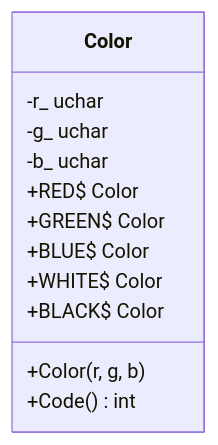
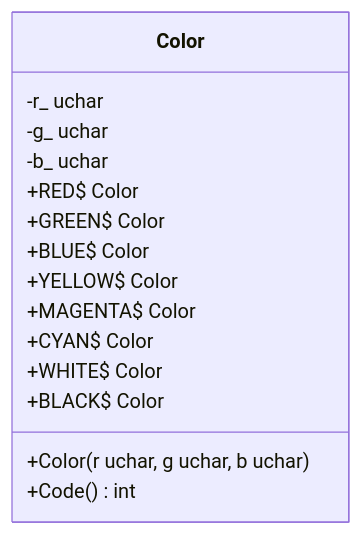
One commit to asukamekaru98/DragRaceGame2D changed the diagram in spec/uml/diagrams/class_Color.md. Above: the diagram before and after it, drawn with Mermaid. The commit also changed other lines of this file and 6 other files, not shown here.

````diff
--- a/spec/uml/diagrams/class_Color.md
+++ b/spec/uml/diagrams/class_Color.md
@@ -1,15 +5,18 @@
 ```mermaid
 classDiagram
     class Color {
         -r_ uchar
         -g_ uchar
         -b_ uchar
-        +Color(r, g, b)
+        +Color(r uchar, g uchar, b uchar)
         +Code() int
         +RED$ Color
         +GREEN$ Color
         +BLUE$ Color
+        +YELLOW$ Color
+        +MAGENTA$ Color
+        +CYAN$ Color
         +WHITE$ Color
         +BLACK$ Color
     }
 ```
````
